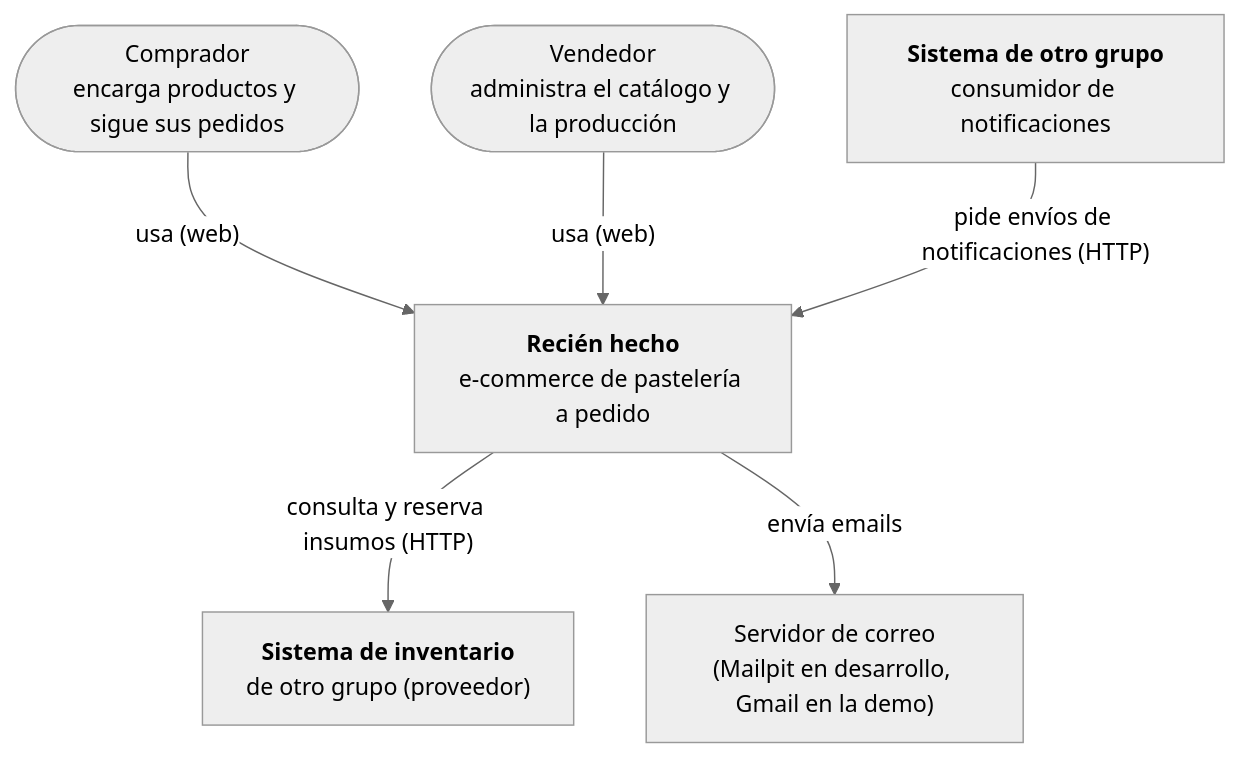
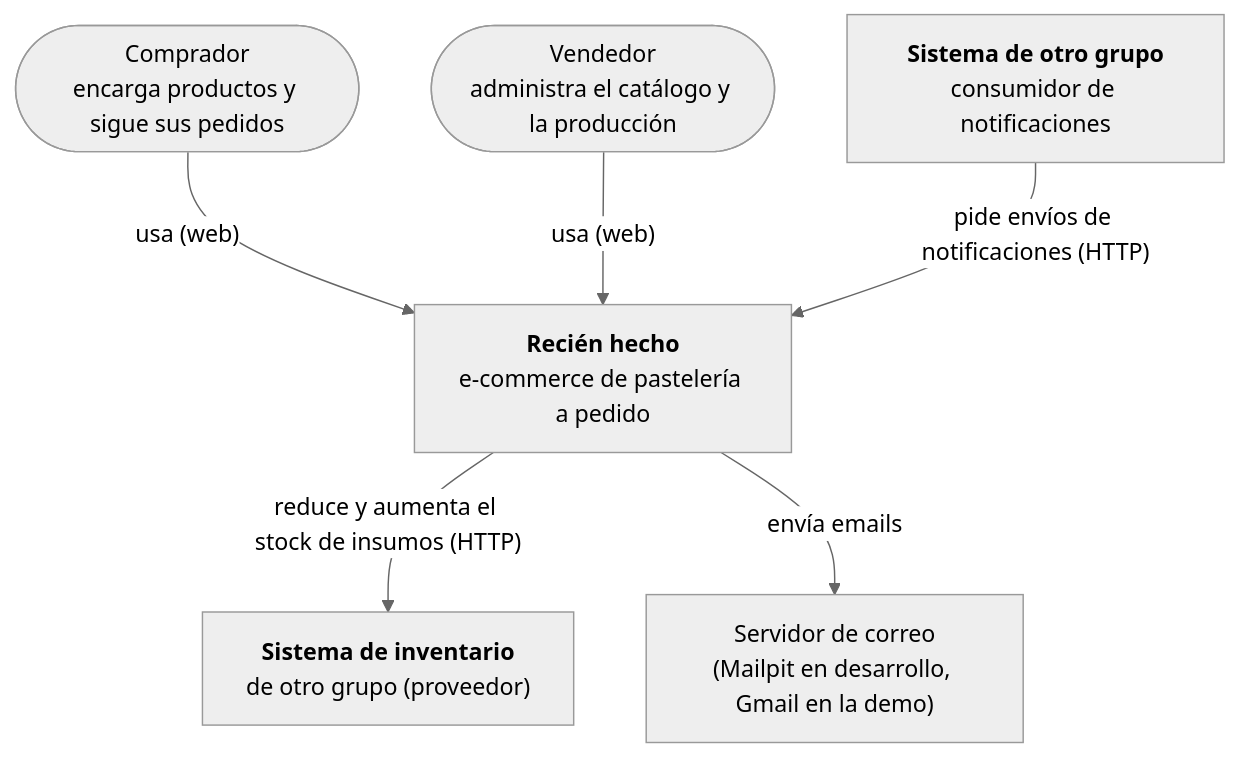
Before and after one commit to mariavlindonc/recienhechoapp: the first of 3 diagrams in docs/ARCHITECTURE.md, drawn with Mermaid (neutral theme). The commit also changed other lines of this file and 4 other files, not shown here.

First line of the commit message:
docs(adr): consume reducir y aumentar stock del inventario

````diff
--- a/docs/ARCHITECTURE.md
+++ b/docs/ARCHITECTURE.md
@@ -13,15 +13,15 @@
 ```mermaid
 flowchart TB
     comprador(["Comprador<br/>encarga productos y sigue sus pedidos"])
     vendedor(["Vendedor<br/>administra el catálogo y la producción"])
     sistema["<b>Recién hecho</b><br/>e-commerce de pastelería a pedido"]
     consumidor["<b>Sistema de otro grupo</b><br/>consumidor de notificaciones"]
     inventario["<b>Sistema de inventario</b><br/>de otro grupo (proveedor)"]
     correo["Servidor de correo<br/>(Mailpit en desarrollo, Gmail en la demo)"]
 
     comprador -- "usa (web)" --> sistema
     vendedor -- "usa (web)" --> sistema
     consumidor -- "pide envíos de notificaciones (HTTP)" --> sistema
-    sistema -- "consulta y reserva insumos (HTTP)" --> inventario
+    sistema -- "reduce y aumenta el stock de insumos (HTTP)" --> inventario
     sistema -- "envía emails" --> correo
 ```
````
